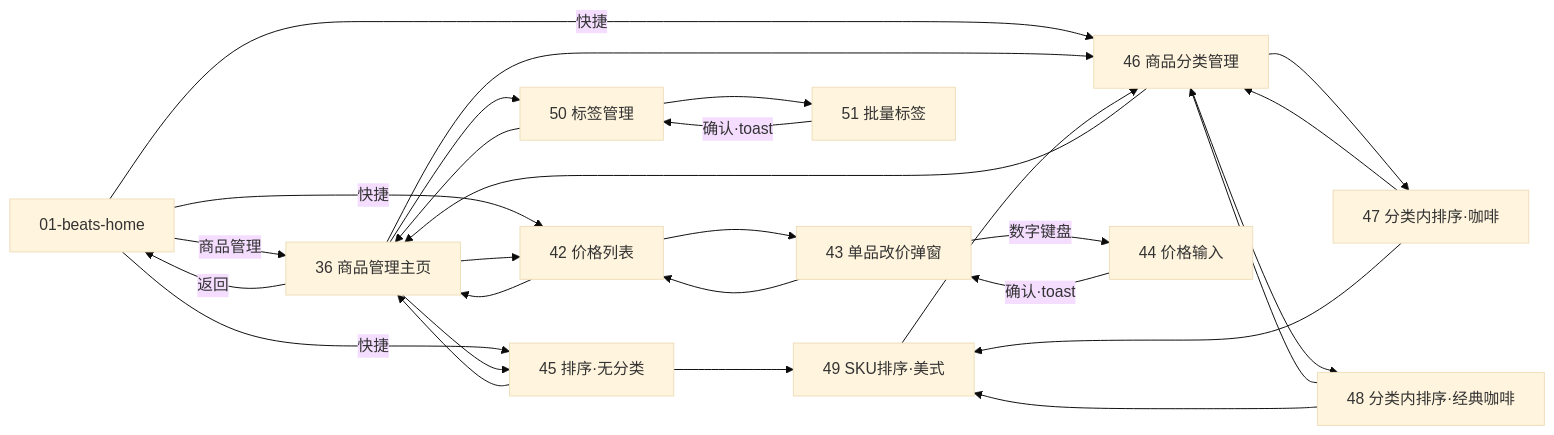
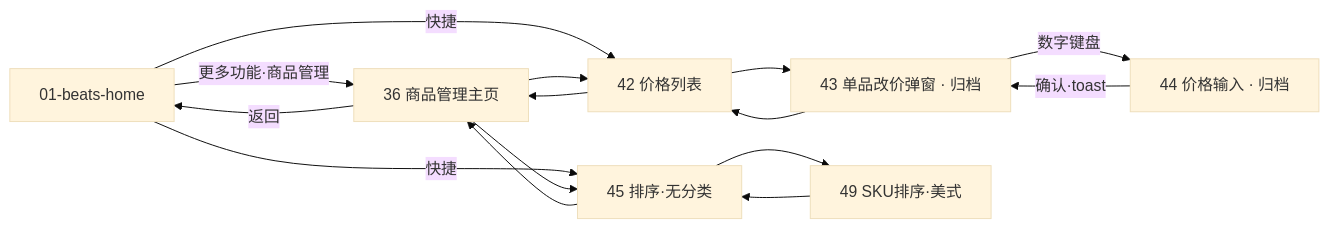
The second of 6 diagrams in 架构与页面逻辑.md (nicozhan/iot-android-screen), drawn with Mermaid (base theme) before and after one commit. The commit also changed other lines of this file and 7 other files, not shown here.

````diff
--- a/架构与页面逻辑.md
+++ b/架构与页面逻辑.md
@@ -79,34 +101,20 @@
 ```mermaid
 graph LR
-  HOME[01-beats-home] -->|商品管理| P36[36 商品管理主页]
+  HOME[01-beats-home] -->|更多功能·商品管理| P36[36 商品管理主页]
   HOME -->|快捷| P42[42 价格列表]
   HOME -->|快捷| P45[45 排序·无分类]
-  HOME -->|快捷| P46[46 商品分类管理]
 
   P36 -->|返回| HOME
   P36 --> P42
   P36 --> P45
-  P36 --> P46
-  P36 --> P50[50 标签管理]
 
   P42 --> P36
-  P42 --> P43[43 单品改价弹窗]
+  P42 --> P43[43 单品改价弹窗 · 归档]
   P43 --> P42
-  P43 -->|数字键盘| P44[44 价格输入]
+  P43 -->|数字键盘| P44[44 价格输入 · 归档]
   P44 -->|确认·toast| P43
 
-  P46 --> P36
   P45 --> P36
   P45 --> P49[49 SKU排序·美式]
-  P50 --> P36
-  P46 --> P47[47 分类内排序·咖啡]
-  P46 --> P48[48 分类内排序·经典咖啡]
-  P47 --> P46
-  P47 --> P49
-  P48 --> P46
-  P48 --> P49
-  P49 --> P46
-
-  P50 --> P51[51 批量标签]
-  P51 -->|确认·toast| P50
+  P49 --> P45
 ```
````
